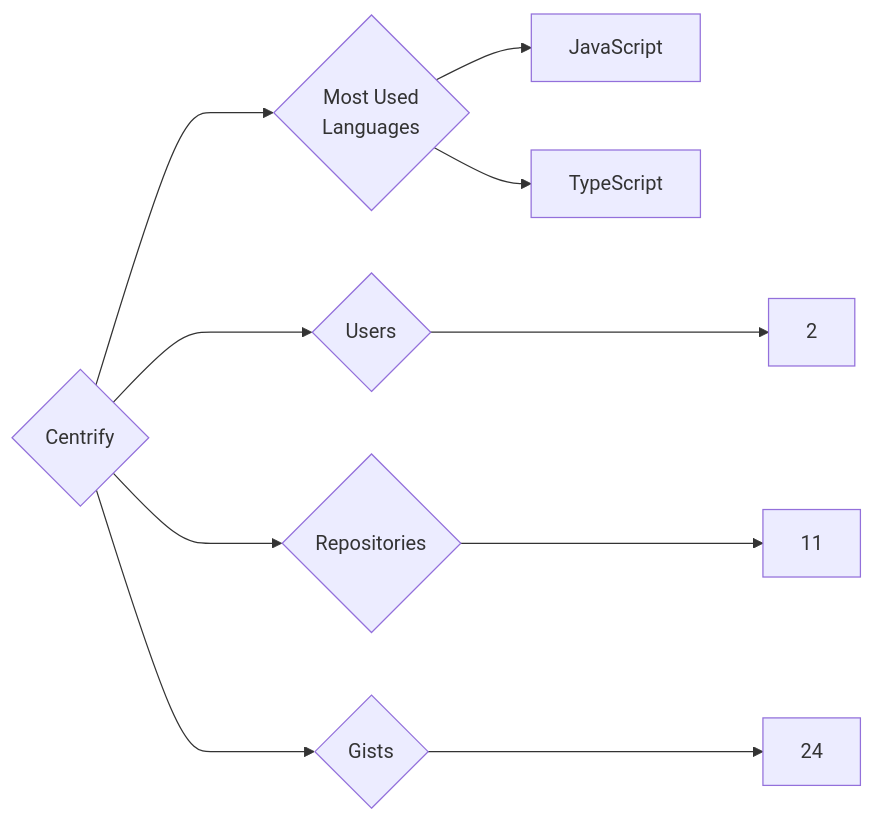
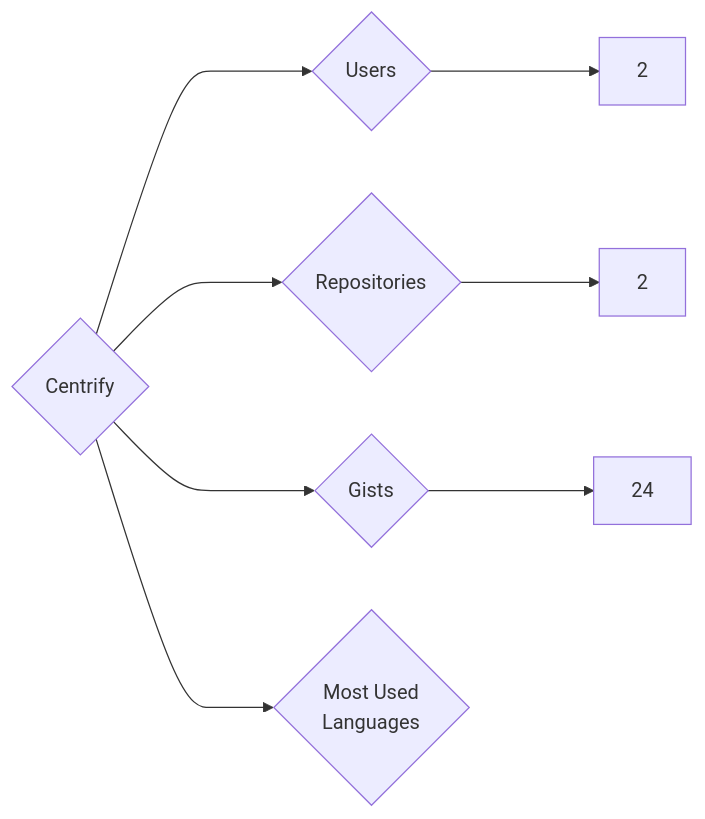
Before and after one commit to trickest/insiders: the diagram in targets/Centrify/README.md, drawn with Mermaid. The commit also changed 629 other files, not shown here.

````diff
--- a/targets/Centrify/README.md
+++ b/targets/Centrify/README.md
@@ -3,10 +3,8 @@
 ```mermaid
 graph LR
 COMPANY_NAME{Centrify}
 COMPANY_NAME ---> U{Users} ---> UN[2]
-COMPANY_NAME ---> R{Repositories} ---> RN[11]
+COMPANY_NAME ---> R{Repositories} ---> RN[2]
 COMPANY_NAME ---> G{Gists} ---> GN[24]
 COMPANY_NAME ---> ML{Most Used<br>Languages}
-ML --> JavaScript[JavaScript]
-ML --> TypeScript[TypeScript]
 ```
````
